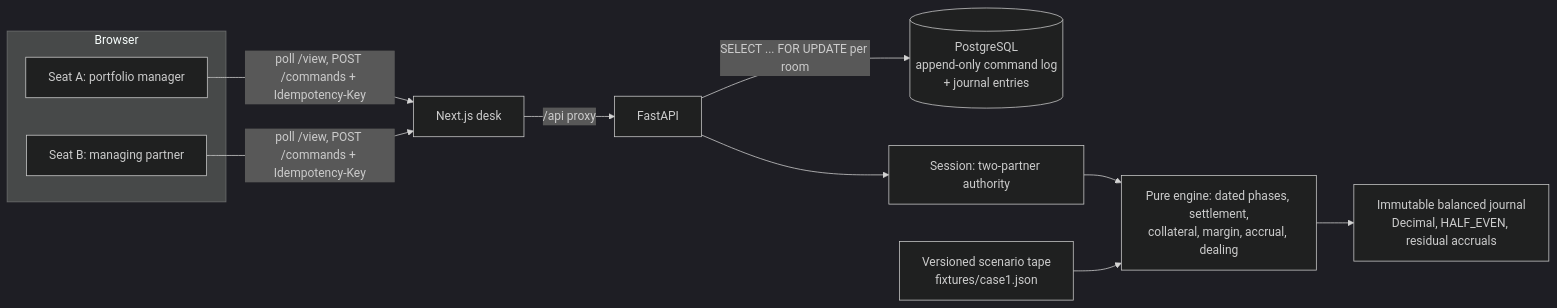
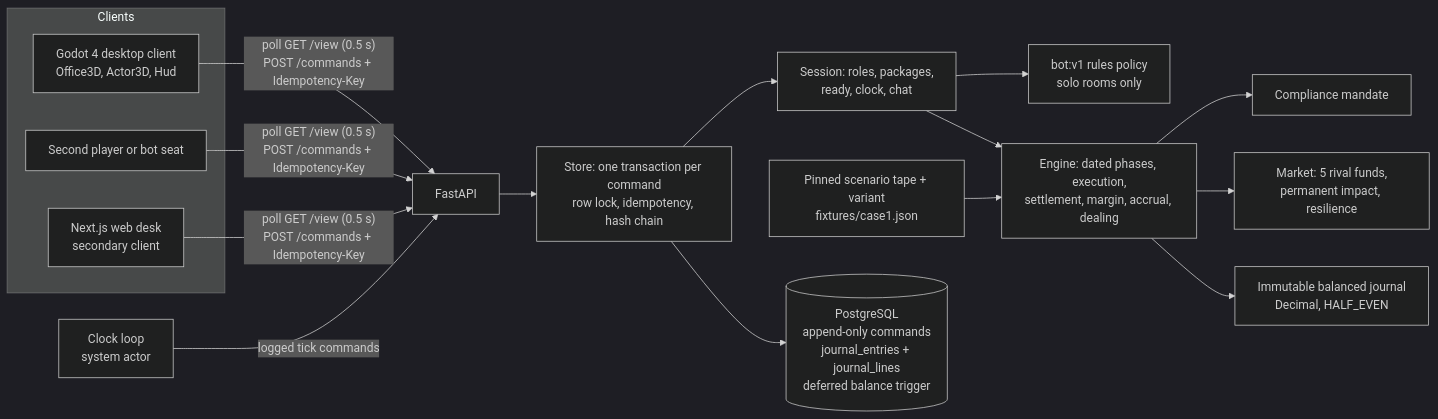
One commit to krishbansalofficial/fundforge changed the diagram in README.md. Above: the diagram before and after it, drawn with Mermaid (dark theme). The commit also changed other lines of this file and 95 other files, not shown here.

First line of the commit message:
feat: independent controls, Forge Terminal and settlement retry scenario

````diff
--- a/README.md
+++ b/README.md
@@ -28,13 +36,19 @@
 ```mermaid
 flowchart LR
-  subgraph Browser
-    A[Seat A: portfolio manager] & B[Seat B: managing partner]
+  subgraph Clients
+    G1[Godot 4 desktop client<br/>Office3D, Actor3D, Hud]
+    G2[Second player or bot seat]
+    W[Next.js web desk<br/>secondary client]
   end
-  A & B -- poll /view, POST /commands + Idempotency-Key --> W[Next.js desk]
-  W -- /api proxy --> API[FastAPI]
-  API -- "SELECT ... FOR UPDATE per room" --> PG[(PostgreSQL\nappend-only command log\n+ journal entries)]
-  API --> S[Session: two-partner authority]
-  S --> E[Pure engine: dated phases, settlement,\ncollateral, margin, accrual, dealing]
-  E --> J[Immutable balanced journal\nDecimal, HALF_EVEN, residual accruals]
-  T[Versioned scenario tape\nfixtures/case1.json] --> E
+  G1 & G2 & W -- "poll GET /view (0.5 s)<br/>POST /commands + Idempotency-Key" --> API[FastAPI]
+  CL[Clock loop<br/>system actor] -- "logged tick commands" --> API
+  API --> ST[Store: one transaction per command<br/>row lock, idempotency, hash chain]
+  ST --> S[Session: roles, packages,<br/>ready, clock, chat]
+  S --> B[bot:v1 rules policy<br/>solo rooms only]
+  S --> E[Engine: dated phases, execution,<br/>settlement, margin, accrual, dealing]
+  E --> C[Compliance mandate]
+  E --> M[Market: 5 rival funds,<br/>permanent impact, resilience]
+  E --> J[Immutable balanced journal<br/>Decimal, HALF_EVEN]
+  T[Pinned scenario tape + variant<br/>fixtures/case1.json] --> E
+  ST --> PG[(PostgreSQL<br/>append-only commands<br/>journal_entries + journal_lines<br/>deferred balance trigger)]
 ```
````
